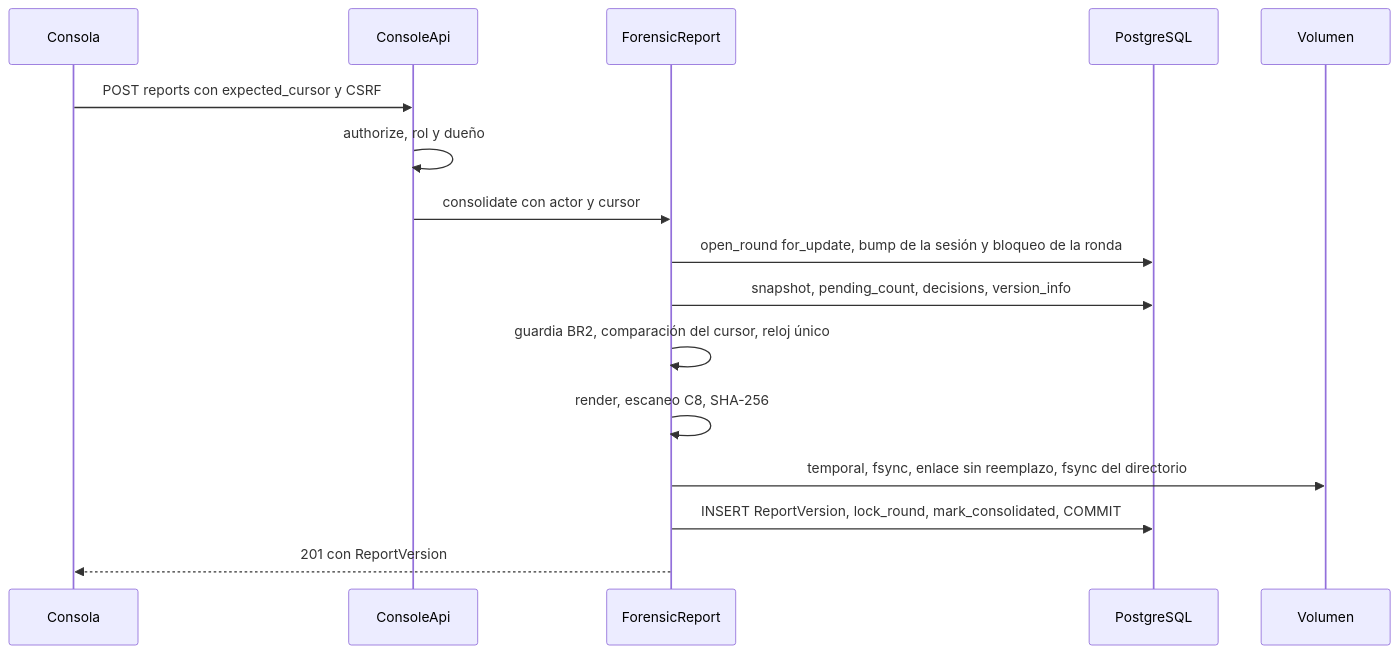
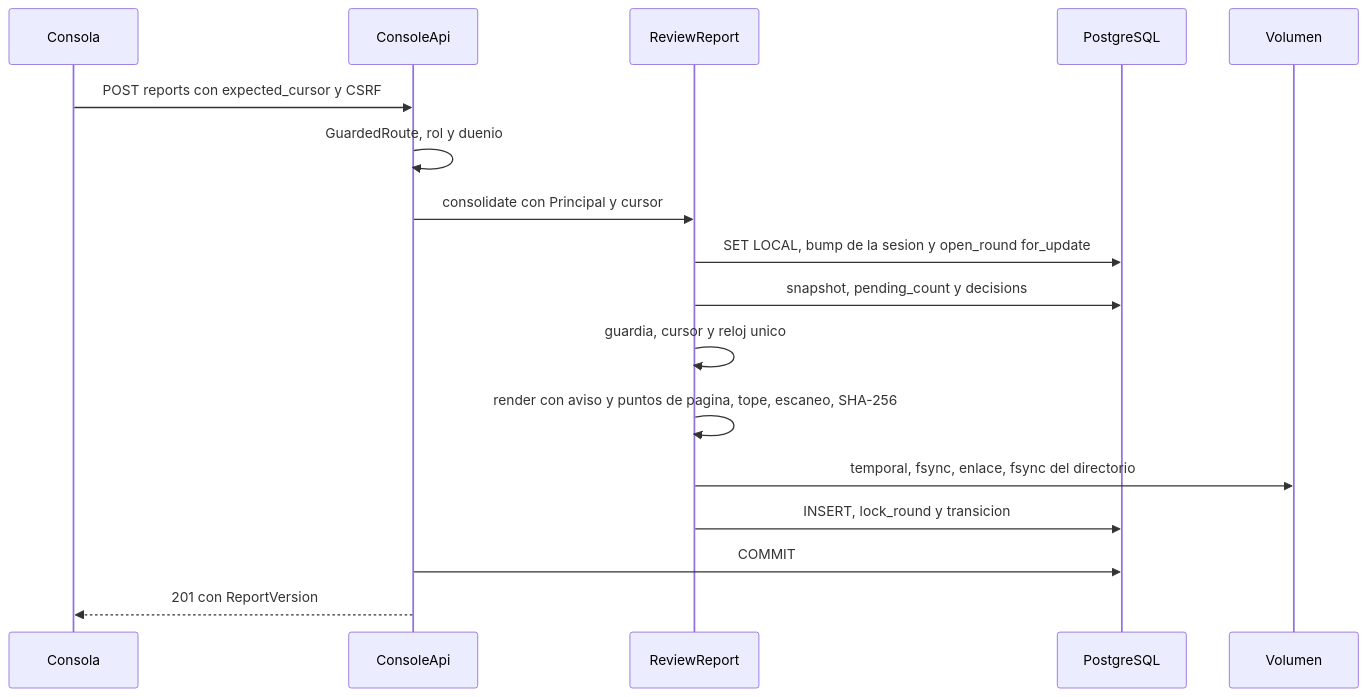
One commit to freyesJaveriana/tai changed the diagram in aidlc/spaces/default/intents/261002-veridicus-mvp/construction/forensic-report/nfr-design/performance-design.md. Above: the diagram before and after it, drawn with Mermaid. The commit also changed other lines of this file and 11 other files, not shown here.

````diff
--- a/aidlc/spaces/default/intents/261002-veridicus-mvp/construction/forensic-report/nfr-design/performance-design.md
+++ b/aidlc/spaces/default/intents/261002-veridicus-mvp/construction/forensic-report/nfr-design/performance-design.md
@@ -18,18 +31,19 @@
 ```mermaid
 sequenceDiagram
   participant C as Consola
   participant A as ConsoleApi
-  participant F as ForensicReport
+  participant R as ReviewReport
   participant P as PostgreSQL
   participant V as Volumen
   C->>A: POST reports con expected_cursor y CSRF
-  A->>A: authorize, rol y dueño
-  A->>F: consolidate con actor y cursor
-  F->>P: open_round for_update, bump de la sesión y bloqueo de la ronda
-  F->>P: snapshot, pending_count, decisions, version_info
-  F->>F: guardia BR2, comparación del cursor, reloj único
-  F->>F: render, escaneo C8, SHA-256
-  F->>V: temporal, fsync, enlace sin reemplazo, fsync del directorio
-  F->>P: INSERT ReportVersion, lock_round, mark_consolidated, COMMIT
-  F-->>C: 201 con ReportVersion
+  A->>A: GuardedRoute, rol y duenio
+  A->>R: consolidate con Principal y cursor
+  R->>P: SET LOCAL, bump de la sesion y open_round for_update
+  R->>P: snapshot, pending_count y decisions
+  R->>R: guardia, cursor y reloj unico
+  R->>R: render con aviso y puntos de pagina, tope, escaneo, SHA-256
+  R->>V: temporal, fsync, enlace, fsync del directorio
+  R->>P: INSERT, lock_round y transicion
+  A->>P: COMMIT
+  A-->>C: 201 con ReportVersion
 ```
````
